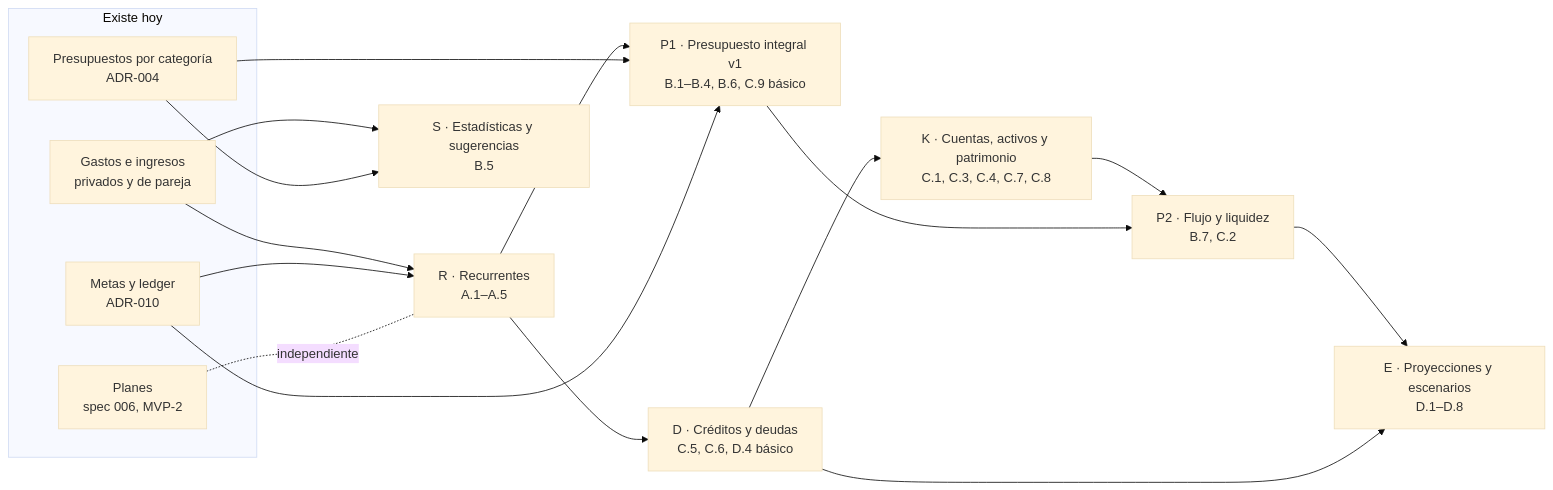
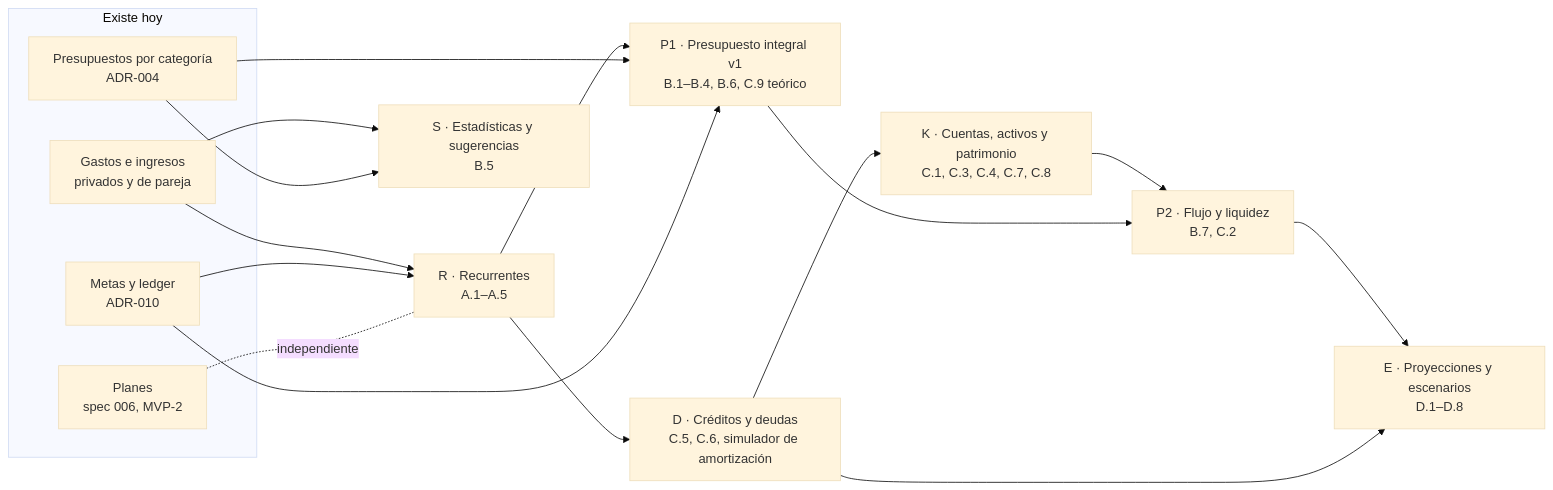
Before and after one commit to flashwp3-ctrl/juntia: the diagram in docs/propuestas/analisis-planificacion-financiera.md, drawn with Mermaid (base theme). The commit also changed other lines of this file and 1 other file, not shown here.

````diff
--- a/docs/propuestas/analisis-planificacion-financiera.md
+++ b/docs/propuestas/analisis-planificacion-financiera.md
@@ -236,31 +285,31 @@
 ```mermaid
 flowchart LR
   subgraph Hoy["Existe hoy"]
     TX[Gastos e ingresos<br/>privados y de pareja]
     BU[Presupuestos por categoría<br/>ADR-004]
     GO[Metas y ledger<br/>ADR-010]
     PL[Planes<br/>spec 006, MVP-2]
   end
   R[R · Recurrentes<br/>A.1–A.5]
-  P1[P1 · Presupuesto integral v1<br/>B.1–B.4, B.6, C.9 básico]
-  D[D · Créditos y deudas<br/>C.5, C.6, D.4 básico]
+  P1[P1 · Presupuesto integral v1<br/>B.1–B.4, B.6, C.9 teórico]
+  D[D · Créditos y deudas<br/>C.5, C.6, simulador de amortización]
   K[K · Cuentas, activos y patrimonio<br/>C.1, C.3, C.4, C.7, C.8]
   P2[P2 · Flujo y liquidez<br/>B.7, C.2]
   E[E · Proyecciones y escenarios<br/>D.1–D.8]
   S[S · Estadísticas y sugerencias<br/>B.5]
 
   TX --> R
   GO --> R
   R --> P1
   BU --> P1
   GO --> P1
   R --> D
   D --> K
   K --> P2
   P1 --> P2
   P2 --> E
   D --> E
   TX --> S
   BU --> S
   PL -. independiente .- R
 ```
````
